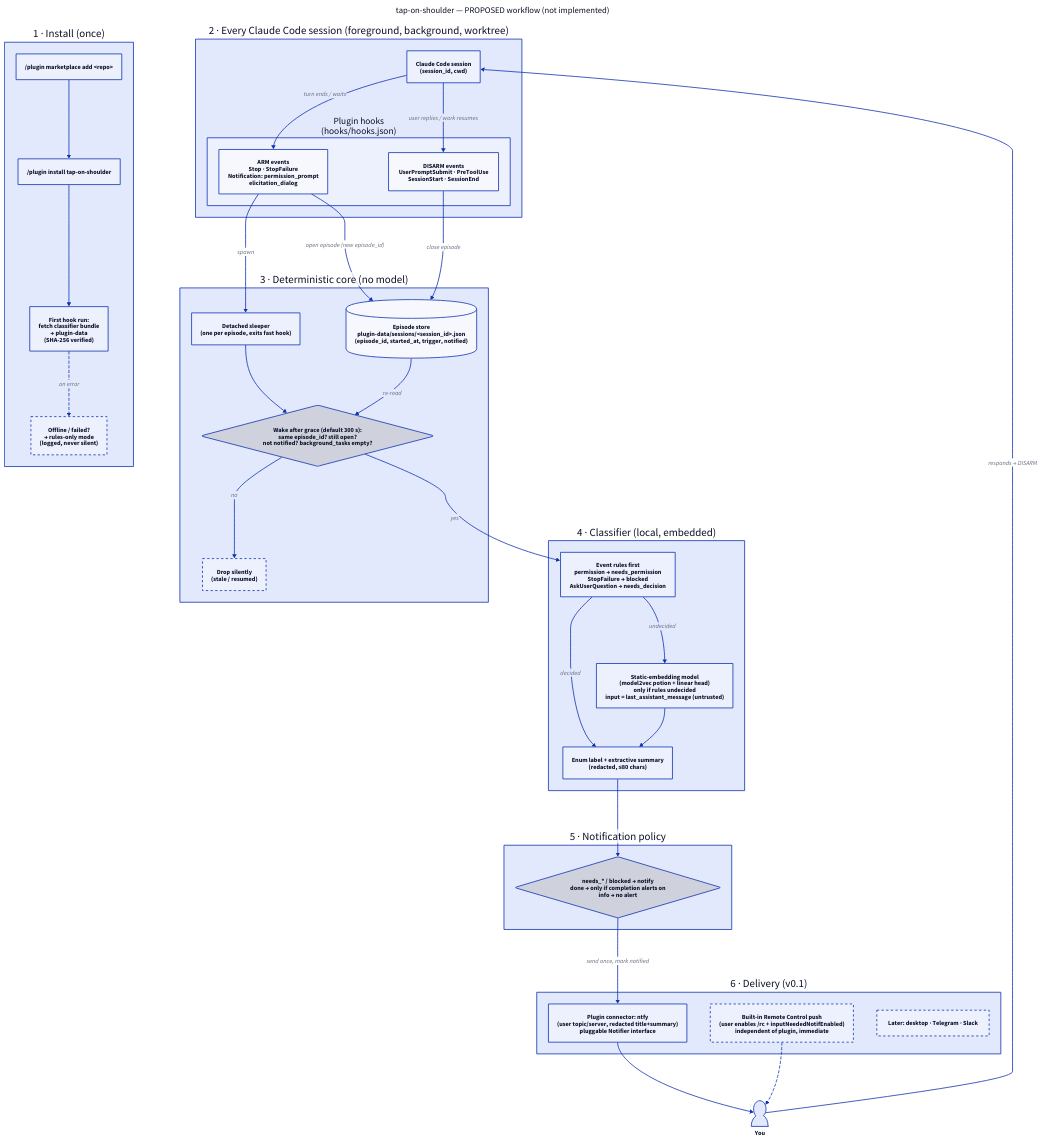
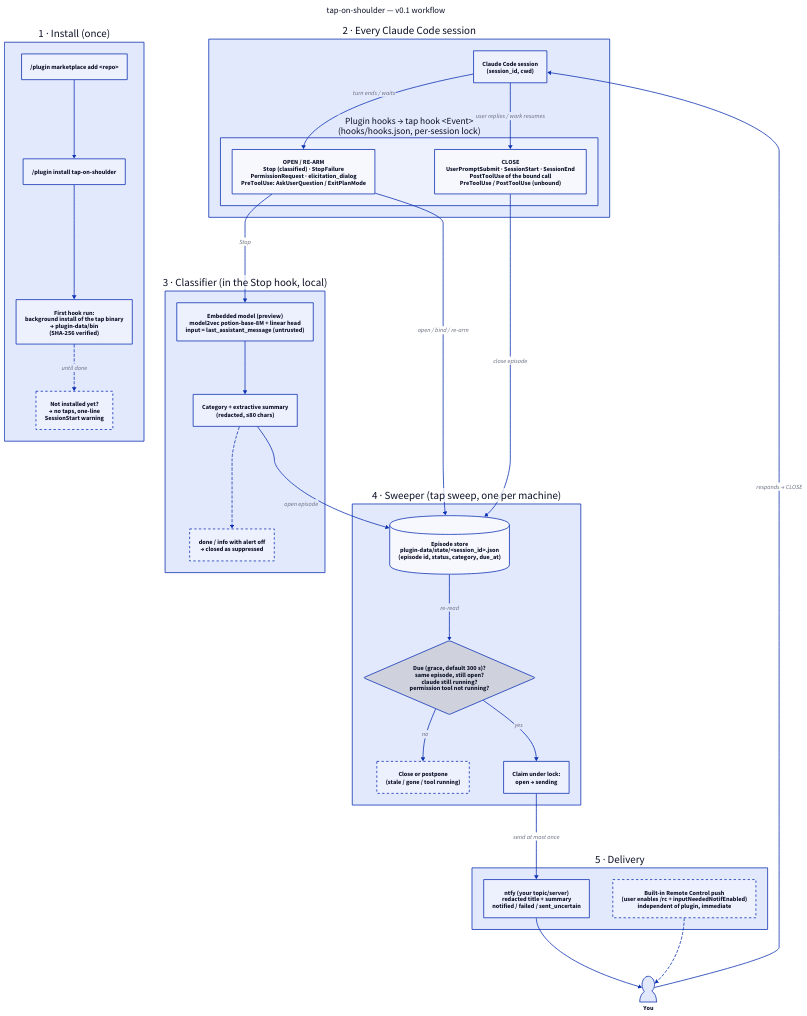
One commit to karimQuant/tap-on-shoulder changed the diagram in docs/assets/workflow.d2. Above: the diagram before and after it, drawn with D2. The commit also changed 13 other files, not shown here.

```diff
--- a/docs/assets/workflow.d2
+++ b/docs/assets/workflow.d2
@@ -1,63 +1,56 @@
-title: "tap-on-shoulder — PROPOSED workflow (not implemented)" {near: top-center; shape: text; style.font-size: 22}
+title: "tap-on-shoulder — v0.1 workflow" {near: top-center; shape: text; style.font-size: 22}
 direction: down
 
 install: "1 · Install (once)" {
   direction: right
   add: "/plugin marketplace add <repo>"
   inst: "/plugin install tap-on-shoulder"
-  first: "First hook run:\nfetch classifier bundle\n→ plugin-data\n(SHA-256 verified)"
-  fallback: "Offline / failed?\n→ rules-only mode\n(logged, never silent)" {style.stroke-dash: 3}
+  first: "First hook run:\nbackground install of the tap binary\n→ plugin-data/bin\n(SHA-256 verified)"
+  fallback: "Not installed yet?\n→ no taps, one-line\nSessionStart warning" {style.stroke-dash: 3}
   add -> inst -> first
-  first -> fallback: "on error" {style.stroke-dash: 3}
+  first -> fallback: "until done" {style.stroke-dash: 3}
 }
 
-session: "2 · Every Claude Code session (foreground, background, worktree)" {
+session: "2 · Every Claude Code session" {
   claude: "Claude Code session\n(session_id, cwd)" {shape: rectangle}
-  hooks: "Plugin hooks\n(hooks/hooks.json)" {
-    arm: "ARM events\nStop · StopFailure\nNotification: permission_prompt\nelicitation_dialog"
-    disarm: "DISARM events\nUserPromptSubmit · PreToolUse\nSessionStart · SessionEnd"
+  hooks: "Plugin hooks → tap hook <Event>\n(hooks/hooks.json, per-session lock)" {
+    arm: "OPEN / RE-ARM\nStop (classified) · StopFailure\nPermissionRequest · elicitation_dialog\nPreToolUse: AskUserQuestion / ExitPlanMode"
+    disarm: "CLOSE\nUserPromptSubmit · SessionStart · SessionEnd\nPostToolUse of the bound call\nPreToolUse / PostToolUse (unbound)"
   }
   claude -> hooks.arm: "turn ends / waits"
   claude -> hooks.disarm: "user replies / work resumes"
 }
 
-core: "3 · Deterministic core (no model)" {
-  state: "Episode store\nplugin-data/sessions/<session_id>.json\n(episode_id, started_at, trigger, notified)" {shape: cylinder}
-  timer: "Detached sleeper\n(one per episode, exits fast hook)"
-  check: "Wake after grace (default 300 s):\nsame episode_id? still open?\nnot notified? background_tasks empty?" {shape: diamond}
-  drop: "Drop silently\n(stale / resumed)" {style.stroke-dash: 3}
-  timer -> check
-  check -> drop: "no"
+classify: "3 · Classifier (in the Stop hook, local)" {
+  model: "Embedded model (preview)\nmodel2vec potion-base-8M + linear head\ninput = last_assistant_message (untrusted)"
+  out: "Category + extractive summary\n(redacted, ≤80 chars)"
+  policy: "done / info with alert off\n→ closed as suppressed" {style.stroke-dash: 3}
+  model -> out
+  out -> policy: "" {style.stroke-dash: 3}
 }
 
-classify: "4 · Classifier (local, embedded)" {
-  rules: "Event rules first\npermission → needs_permission\nStopFailure → blocked\nAskUserQuestion → needs_decision"
-  model: "Static-embedding model\n(model2vec potion + linear head)\nonly if rules undecided\ninput = last_assistant_message (untrusted)"
-  out: "Enum label + extractive summary\n(redacted, ≤80 chars)"
-  rules -> out: "decided"
-  rules -> model: "undecided"
-  model -> out
+core: "4 · Sweeper (tap sweep, one per machine)" {
+  state: "Episode store\nplugin-data/state/<session_id>.json\n(episode id, status, category, due_at)" {shape: cylinder}
+  check: "Due (grace, default 300 s)?\nsame episode, still open?\nclaude still running?\npermission tool not running?" {shape: diamond}
+  drop: "Close or postpone\n(stale / gone / tool running)" {style.stroke-dash: 3}
+  claim: "Claim under lock:\nopen → sending"
+  state -> check: "re-read"
+  check -> drop: "no"
+  check -> claim: "yes"
 }
 
-policy: "5 · Notification policy" {
-  gate: "needs_* / blocked → notify\ndone → only if completion alerts on\ninfo → no alert" {shape: diamond}
-}
-
-notify: "6 · Delivery (v0.1)" {
-  ntfy: "Plugin connector: ntfy\n(user topic/server, redacted title+summary)\npluggable Notifier interface"
+notify: "5 · Delivery" {
+  ntfy: "ntfy (your topic/server)\nredacted title + summary\nnotified / failed / sent_uncertain"
   rc: "Built-in Remote Control push\n(user enables /rc + inputNeededNotifEnabled)\nindependent of plugin, immediate" {style.stroke-dash: 3}
-  later: "Later: desktop · Telegram · Slack" {style.stroke-dash: 3}
 }
 
 user: "You" {shape: person}
 
-session.hooks.arm -> core.state: "open episode (new episode_id)"
-session.hooks.arm -> core.timer: "spawn"
+session.hooks.arm -> classify.model: "Stop"
+classify.out -> core.state: "open episode"
+session.hooks.arm -> core.state: "open / bind / re-arm"
 session.hooks.disarm -> core.state: "close episode"
-core.state -> core.check: "re-read"
-core.check -> classify.rules: "yes"
-classify.out -> policy.gate
-policy.gate -> notify.ntfy: "send once, mark notified"
+core.claim -> notify.ntfy: "send at most once"
 notify.ntfy -> user
 notify.rc -> user: "" {style.stroke-dash: 3}
-user -> session.claude: "responds → DISARM"
+user -> session.claude: "responds → CLOSE"
```
